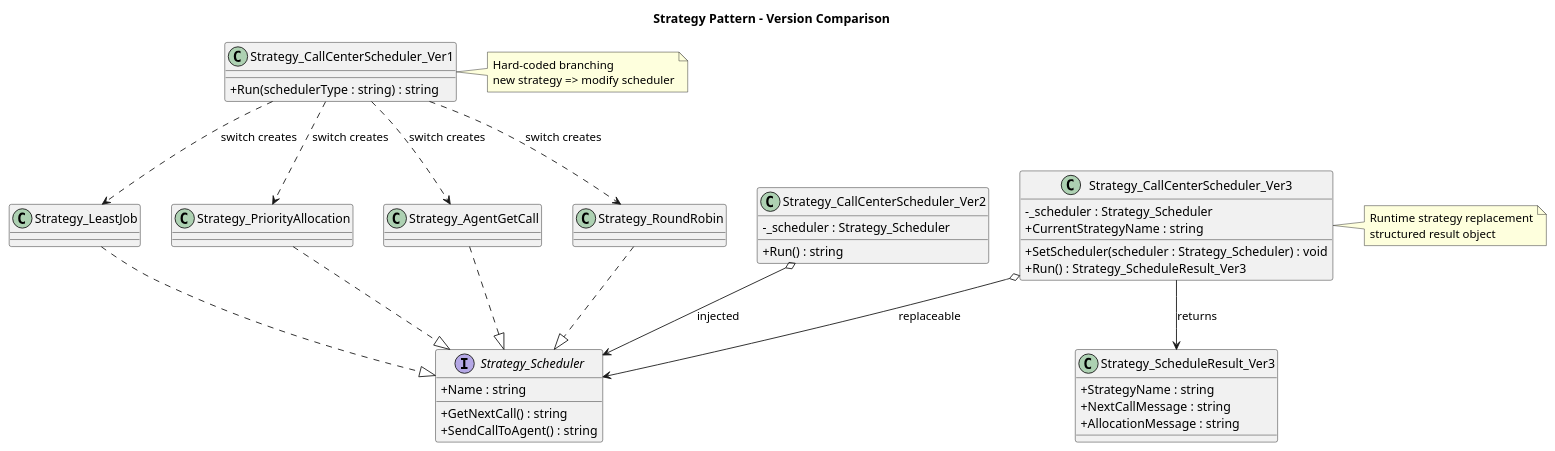
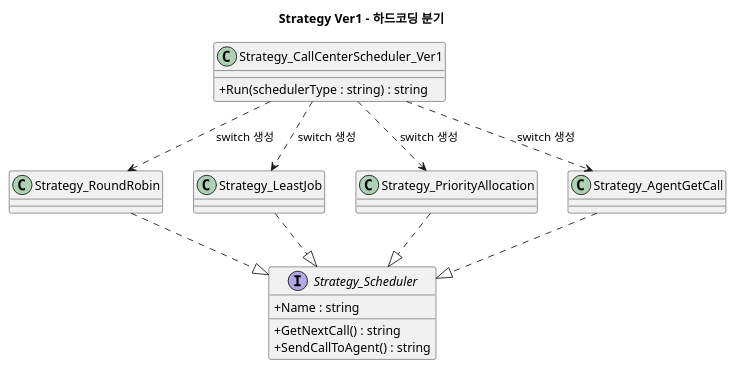
Before and after one commit to newbigwater/Design-Pattern: the first of 3 diagrams in doc/03. Behavioral Pattern/03.01. Strategy.md, drawn with PlantUML. The commit also changed other lines of this file and 19 other files, not shown here.

````diff
--- a/doc/03. Behavioral Pattern/03.01. Strategy.md
+++ b/doc/03. Behavioral Pattern/03.01. Strategy.md
@@ -241,63 +63,31 @@
 ```plantuml
 @startuml
-title Strategy Pattern - Version Comparison
+title Strategy Ver1 - 하드코딩 분기
 skinparam classAttributeIconSize 0
 
 interface Strategy_Scheduler {
   + Name : string
   + GetNextCall() : string
   + SendCallToAgent() : string
+}
+
+class Strategy_CallCenterScheduler_Ver1 {
+  + Run(schedulerType : string) : string
 }
 
 class Strategy_RoundRobin
 class Strategy_LeastJob
 class Strategy_PriorityAllocation
 class Strategy_AgentGetCall
 
 Strategy_RoundRobin ..|> Strategy_Scheduler
 Strategy_LeastJob ..|> Strategy_Scheduler
 Strategy_PriorityAllocation ..|> Strategy_Scheduler
 Strategy_AgentGetCall ..|> Strategy_Scheduler
 
-class Strategy_CallCenterScheduler_Ver1 {
-  + Run(schedulerType : string) : string
-}
-
-class Strategy_CallCenterScheduler_Ver2 {
-  - _scheduler : Strategy_Scheduler
-  + Run() : string
-}
-
-class Strategy_CallCenterScheduler_Ver3 {
-  - _scheduler : Strategy_Scheduler
-  + CurrentStrategyName : string
-  + SetScheduler(scheduler : Strategy_Scheduler) : void
-  + Run() : Strategy_ScheduleResult_Ver3
-}
-
-class Strategy_ScheduleResult_Ver3 {
-  + StrategyName : string
-  + NextCallMessage : string
-  + AllocationMessage : string
-}
-
-Strategy_CallCenterScheduler_Ver1 ..> Strategy_RoundRobin : switch creates
-Strategy_CallCenterScheduler_Ver1 ..> Strategy_LeastJob : switch creates
-Strategy_CallCenterScheduler_Ver1 ..> Strategy_PriorityAllocation : switch creates
-Strategy_CallCenterScheduler_Ver1 ..> Strategy_AgentGetCall : switch creates
-
-Strategy_CallCenterScheduler_Ver2 o--> Strategy_Scheduler : injected
-Strategy_CallCenterScheduler_Ver3 o--> Strategy_Scheduler : replaceable
-Strategy_CallCenterScheduler_Ver3 --> Strategy_ScheduleResult_Ver3 : returns
-
-note right of Strategy_CallCenterScheduler_Ver1
-Hard-coded branching
-new strategy => modify scheduler
-end note
-
-note right of Strategy_CallCenterScheduler_Ver3
-Runtime strategy replacement
-structured result object
-end note
+Strategy_CallCenterScheduler_Ver1 ..> Strategy_RoundRobin : switch 생성
+Strategy_CallCenterScheduler_Ver1 ..> Strategy_LeastJob : switch 생성
+Strategy_CallCenterScheduler_Ver1 ..> Strategy_PriorityAllocation : switch 생성
+Strategy_CallCenterScheduler_Ver1 ..> Strategy_AgentGetCall : switch 생성
 @enduml
 ```
````
